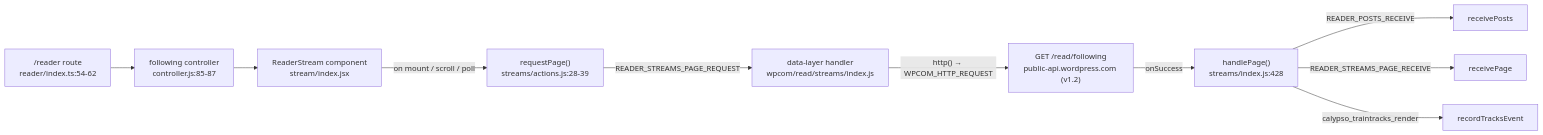
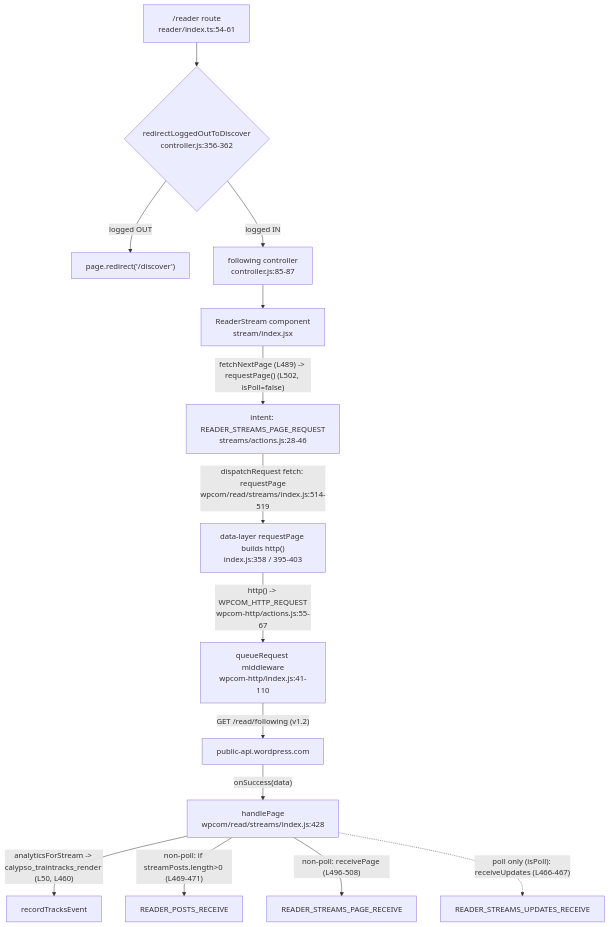
One commit to blitzy-research/wp-calypso changed the diagram in blitzy/documentation/wp-calypso_be7e5cc64162.md. Above: the diagram before and after it, drawn with Mermaid. The commit also changed other lines of this file, not shown here.

````diff
--- a/blitzy/documentation/wp-calypso_be7e5cc64162.md
+++ b/blitzy/documentation/wp-calypso_be7e5cc64162.md
@@ -302,12 +408,16 @@
 ```mermaid
-graph LR
-    A["/reader route<br/>reader/index.ts:54-62"] --> B["following controller<br/>controller.js:85-87"]
+graph TD
+    A["/reader route<br/>reader/index.ts:54-61"] --> G{"redirectLoggedOutToDiscover<br/>controller.js:356-362"}
+    G -->|"logged OUT"| X["page.redirect('/discover')"]
+    G -->|"logged IN"| B["following controller<br/>controller.js:85-87"]
     B --> C["ReaderStream component<br/>stream/index.jsx"]
-    C -->|"on mount / scroll / poll"| D["requestPage()<br/>streams/actions.js:28-39"]
-    D -->|"READER_STREAMS_PAGE_REQUEST"| E["data-layer handler<br/>wpcom/read/streams/index.js"]
-    E -->|"http() → WPCOM_HTTP_REQUEST"| F["GET /read/following<br/>public-api.wordpress.com (v1.2)"]
-    F -->|"onSuccess"| G["handlePage()<br/>streams/index.js:428"]
-    G -->|"READER_POSTS_RECEIVE"| H["receivePosts"]
-    G -->|"READER_STREAMS_PAGE_RECEIVE"| I["receivePage"]
-    G -->|"calypso_traintracks_render"| J["recordTracksEvent"]
+    C -->|"fetchNextPage (L489) -> requestPage() (L502, isPoll=false)"| D["intent: READER_STREAMS_PAGE_REQUEST<br/>streams/actions.js:28-46"]
+    D -->|"dispatchRequest fetch: requestPage<br/>wpcom/read/streams/index.js:514-519"| E["data-layer requestPage builds http()<br/>index.js:358 / 395-403"]
+    E -->|"http() -> WPCOM_HTTP_REQUEST<br/>wpcom-http/actions.js:55-67"| F["queueRequest middleware<br/>wpcom-http/index.js:41-110"]
+    F -->|"GET /read/following (v1.2)"| N["public-api.wordpress.com"]
+    N -->|"onSuccess(data)"| H["handlePage<br/>wpcom/read/streams/index.js:428"]
+    H -->|"analyticsForStream -> calypso_traintracks_render (L50, L460)"| J["recordTracksEvent"]
+    H -->|"non-poll: if streamPosts.length>0 (L469-471)"| K["READER_POSTS_RECEIVE"]
+    H -->|"non-poll: receivePage (L496-508)"| L["READER_STREAMS_PAGE_RECEIVE"]
+    H -.->|"poll only (isPoll): receiveUpdates (L466-467)"| M["READER_STREAMS_UPDATES_RECEIVE"]
 ```
````
